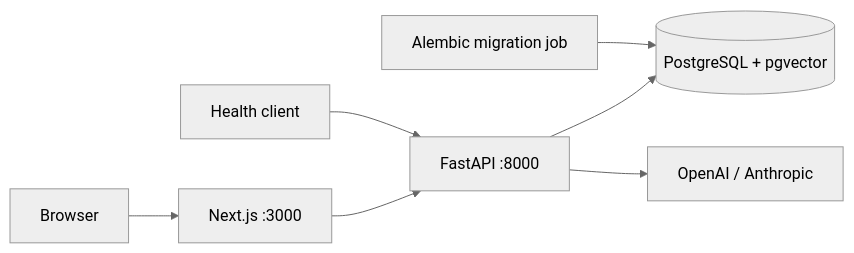
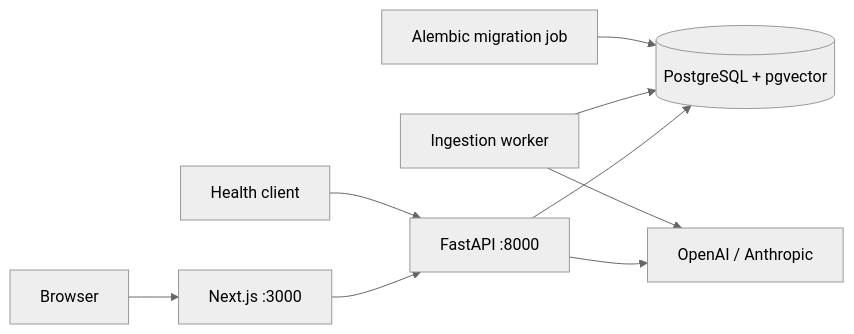
Before and after one commit to ThibaultLeveau/career-ai-agent: the diagram in docs/architecture.md, drawn with Mermaid (neutral theme). The commit also changed other lines of this file and 49 other files, not shown here.

````diff
--- a/docs/architecture.md
+++ b/docs/architecture.md
@@ -14,9 +14,11 @@
 ```mermaid
 flowchart LR
     Browser --> Web[Next.js :3000]
     Web --> API[FastAPI :8000]
     HealthClient[Health client] --> API[FastAPI :8000]
     API --> DB[(PostgreSQL + pgvector)]
     API --> Providers[OpenAI / Anthropic]
+    Worker[Ingestion worker] --> DB
+    Worker --> Providers
     Migration[Alembic migration job] --> DB
 ```
````
